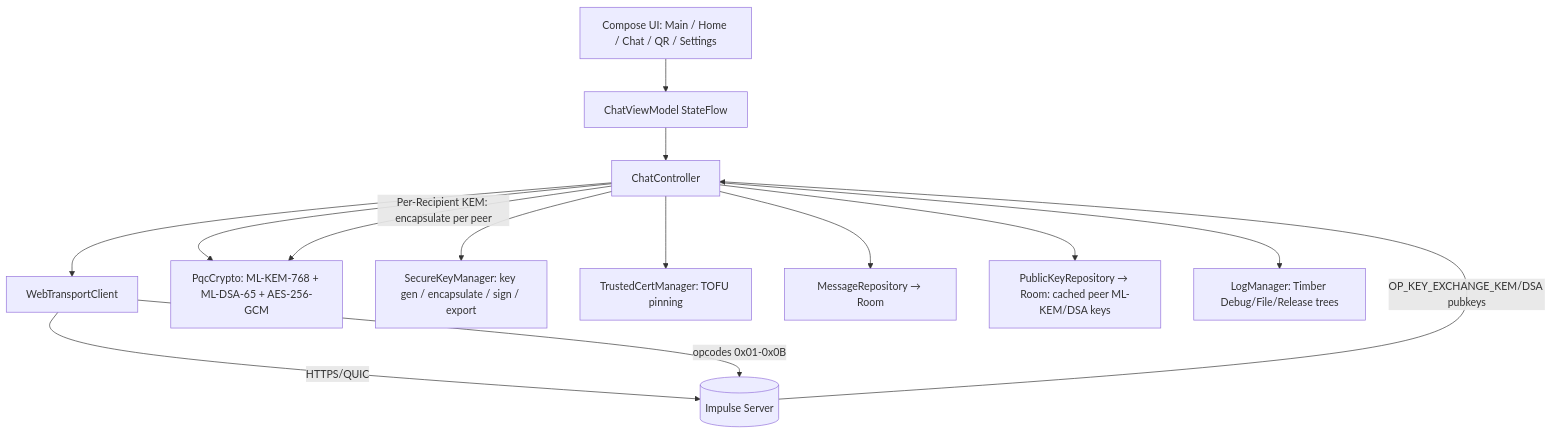
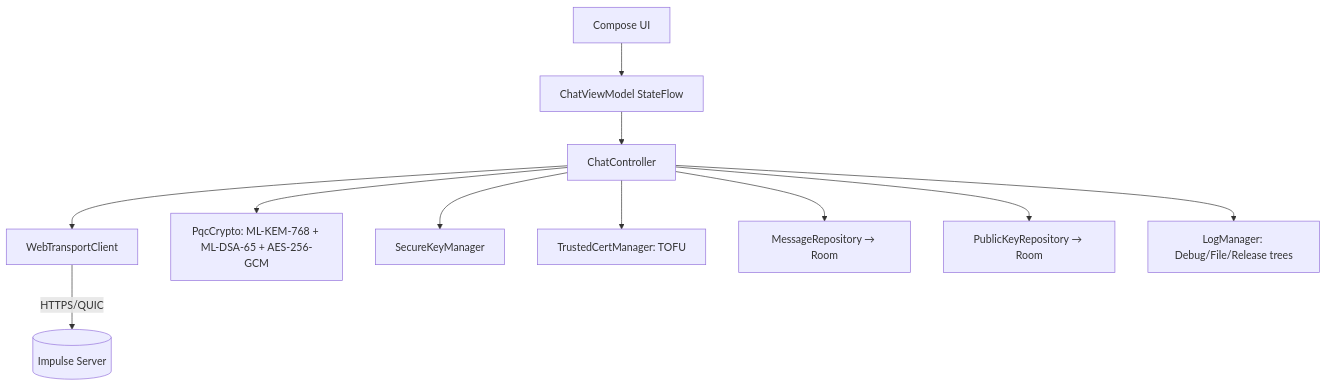
Before and after one commit to Oqune/Impulse-client: the diagram in README.md, drawn with Mermaid. The commit also changed other lines of this file and 1 other file, not shown here.

Commit message:
docs: rewrite README for production (no changelog, real opcodes 0x08, sync with server)

````diff
--- a/README.md
+++ b/README.md
@@ -345,16 +129,13 @@
 ```mermaid
 flowchart TD
-    UI[Compose UI: Main / Home / Chat / QR / Settings] --> VM[ChatViewModel StateFlow]
+    UI[Compose UI] --> VM[ChatViewModel StateFlow]
     VM --> CC[ChatController]
     CC --> WT[WebTransportClient]
     WT -->|HTTPS/QUIC| SRV[(Impulse Server)]
     CC --> CRYPTO[PqcCrypto: ML-KEM-768 + ML-DSA-65 + AES-256-GCM]
-    CC --> SKM[SecureKeyManager: key gen / encapsulate / sign / export]
-    CC --> CERT[TrustedCertManager: TOFU pinning]
+    CC --> SKM[SecureKeyManager]
+    CC --> CERT[TrustedCertManager: TOFU]
     CC --> REPO[MessageRepository → Room]
-    CC --> PKR[PublicKeyRepository → Room: cached peer ML-KEM/DSA keys]
-    CC --> LOG[LogManager: Timber Debug/File/Release trees]
-    WT -->|opcodes 0x01-0x0B| SRV
-    SRV -->|OP_KEY_EXCHANGE_KEM/DSA pubkeys| CC
-    CC -->|Per-Recipient KEM: encapsulate per peer| CRYPTO
+    CC --> PKR[PublicKeyRepository → Room]
+    CC --> LOG[LogManager: Debug/File/Release trees]
 ```
````
